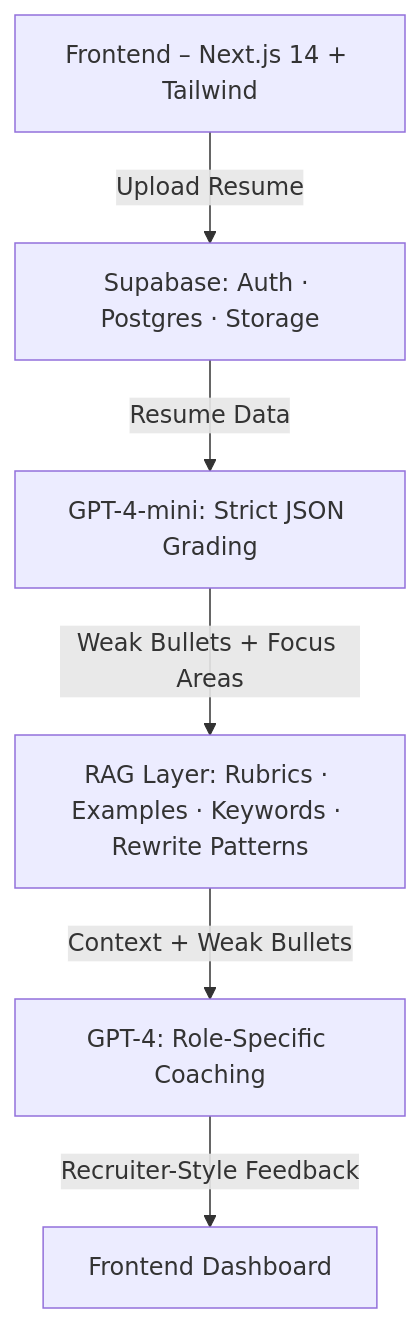
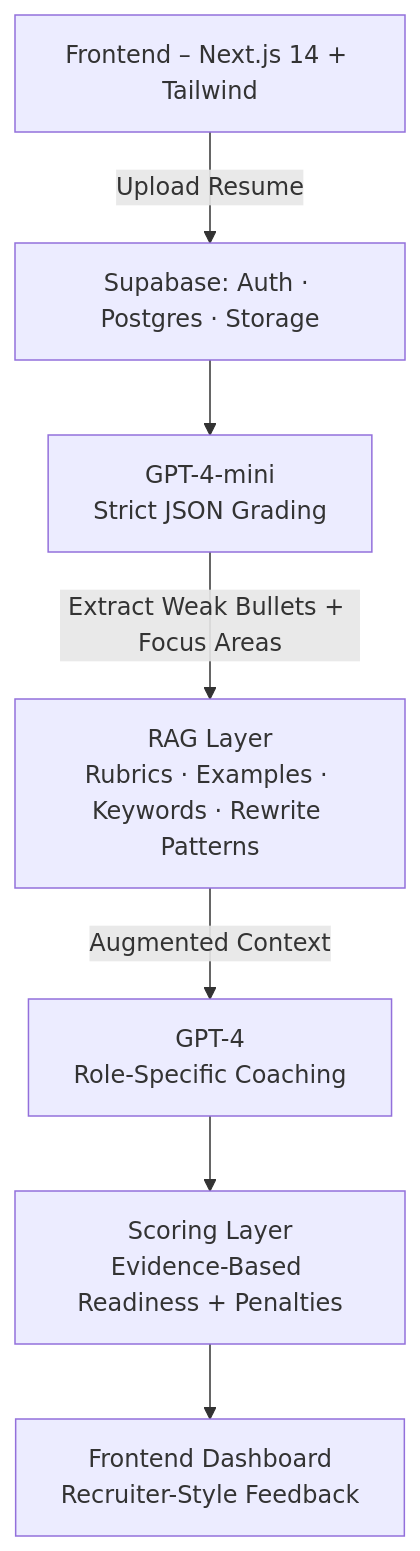
The diagram in README.md (Sahil24680/CVReady.ai), drawn with Mermaid before and after one commit.

````diff
--- a/README.md
+++ b/README.md
@@ -156,8 +156,11 @@
 ```mermaid
-flowchart TD
-        A[Frontend – Next.js 14 + Tailwind] -->|Upload Resume| B[Supabase: Auth · Postgres · Storage]
-    B -->|Resume Data| C[GPT-4-mini: Strict JSON Grading]
-    C -->|Weak Bullets + Focus Areas| D[RAG Layer: Rubrics · Examples · Keywords · Rewrite Patterns]
-    D -->|Context + Weak Bullets| E[GPT-4: Role-Specific Coaching]
-    E -->|Recruiter-Style Feedback| F[Frontend Dashboard]
+flowchart TB
+    A[Frontend – Next.js 14 + Tailwind] -->|Upload Resume| B[Supabase: Auth · Postgres · Storage]
+
+    B --> C[GPT-4-mini<br/>Strict JSON Grading]
+    C -->|Extract Weak Bullets + Focus Areas| D[RAG Layer<br/>Rubrics · Examples · Keywords · Rewrite Patterns]
+    D -->|Augmented Context| E[GPT-4<br/>Role-Specific Coaching]
+
+    E --> G[Scoring Layer<br/>Evidence-Based Readiness + Penalties]
+    G --> H[Frontend Dashboard<br/>Recruiter-Style Feedback]
 ```
````
